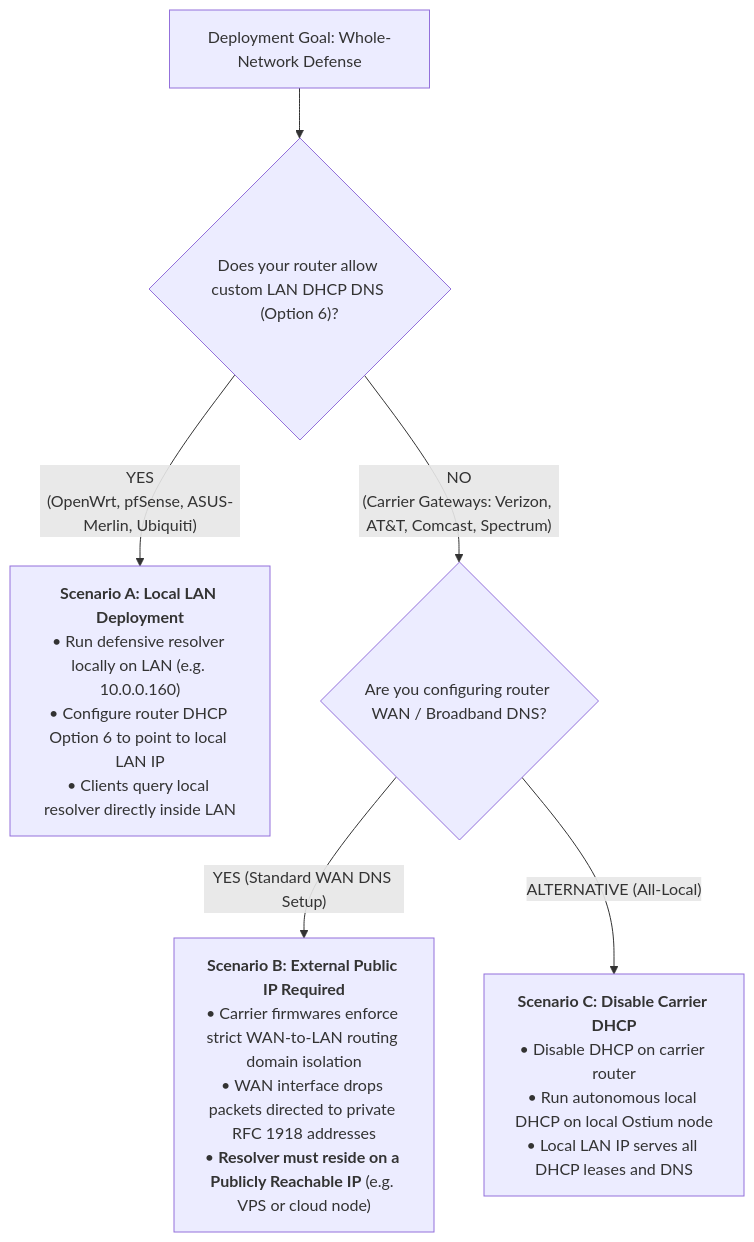
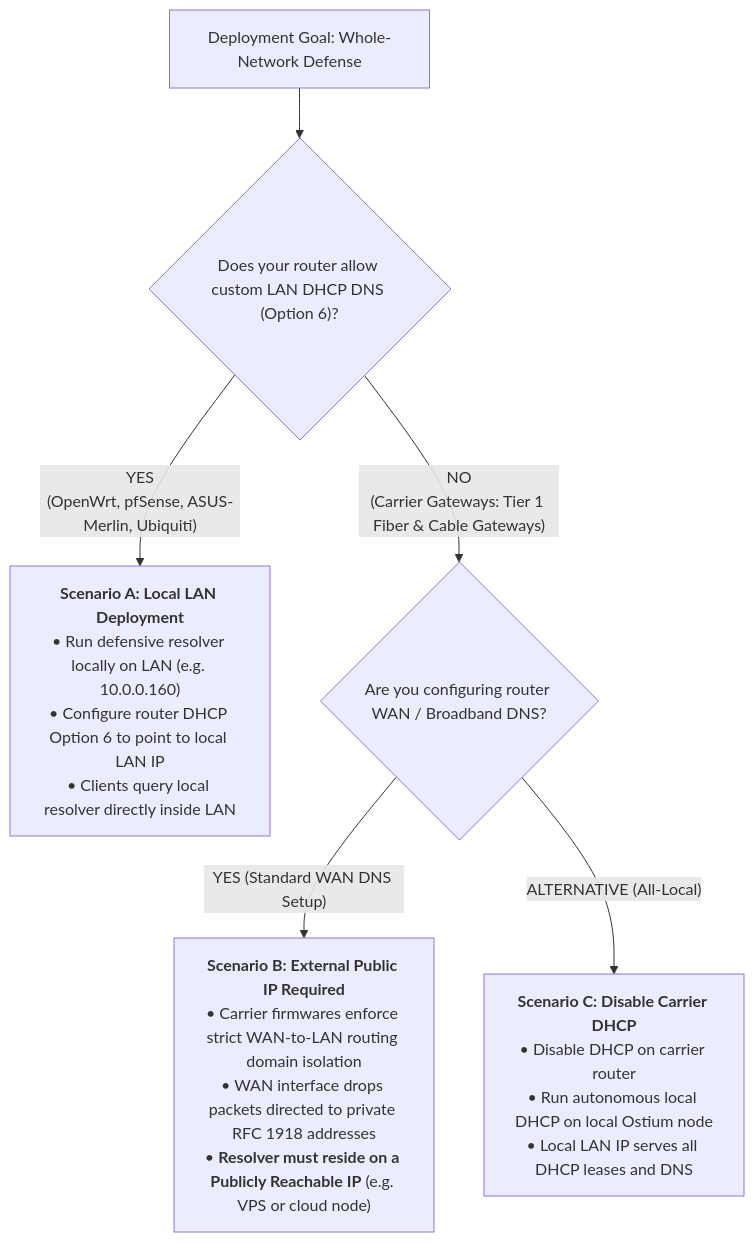
Before and after one commit to xuoxod/ostium-dist: the second of 3 diagrams in docs/11_OSTIUM_GUIDE_CARRIER_GATEWAY_DNS_AND_WIDS.md, drawn with Mermaid. The commit also changed other lines of this file and 2 other files, not shown here.

Commit message:
docs: brand-neutralize carrier references and add legal trademark fair-use disclaimer

````diff
--- a/docs/11_OSTIUM_GUIDE_CARRIER_GATEWAY_DNS_AND_WIDS.md
+++ b/docs/11_OSTIUM_GUIDE_CARRIER_GATEWAY_DNS_AND_WIDS.md
@@ -64,12 +68,12 @@
 ```mermaid
 flowchart TD
     GOAL["Deployment Goal: Whole-Network Defense"] --> ROUTER_CHECK{"Does your router allow custom LAN DHCP DNS (Option 6)?"}
     
     ROUTER_CHECK -->|"YES<br/>(OpenWrt, pfSense, ASUS-Merlin, Ubiquiti)"| LOCAL_LAN["<b>Scenario A: Local LAN Deployment</b><br/>• Run defensive resolver locally on LAN (e.g. 10.0.0.160)<br/>• Configure router DHCP Option 6 to point to local LAN IP<br/>• Clients query local resolver directly inside LAN"]
     
-    ROUTER_CHECK -->|"NO<br/>(Carrier Gateways: Verizon, AT&T, Comcast, Spectrum)"| WAN_CHECK{"Are you configuring router WAN / Broadband DNS?"}
+    ROUTER_CHECK -->|"NO<br/>(Carrier Gateways: Tier 1 Fiber & Cable Gateways)"| WAN_CHECK{"Are you configuring router WAN / Broadband DNS?"}
     
     WAN_CHECK -->|"YES (Standard WAN DNS Setup)"| EXTERNAL_IP["<b>Scenario B: External Public IP Required</b><br/>• Carrier firmwares enforce strict WAN-to-LAN routing domain isolation<br/>• WAN interface drops packets directed to private RFC 1918 addresses<br/>• <b>Resolver must reside on a Publicly Reachable IP</b> (e.g. VPS or cloud node)"]
     
     WAN_CHECK -->|"ALTERNATIVE (All-Local)"| DISABLE_CARRIER["<b>Scenario C: Disable Carrier DHCP</b><br/>• Disable DHCP on carrier router<br/>• Run autonomous local DHCP on local Ostium node<br/>• Local LAN IP serves all DHCP leases and DNS"]
 ```
````
